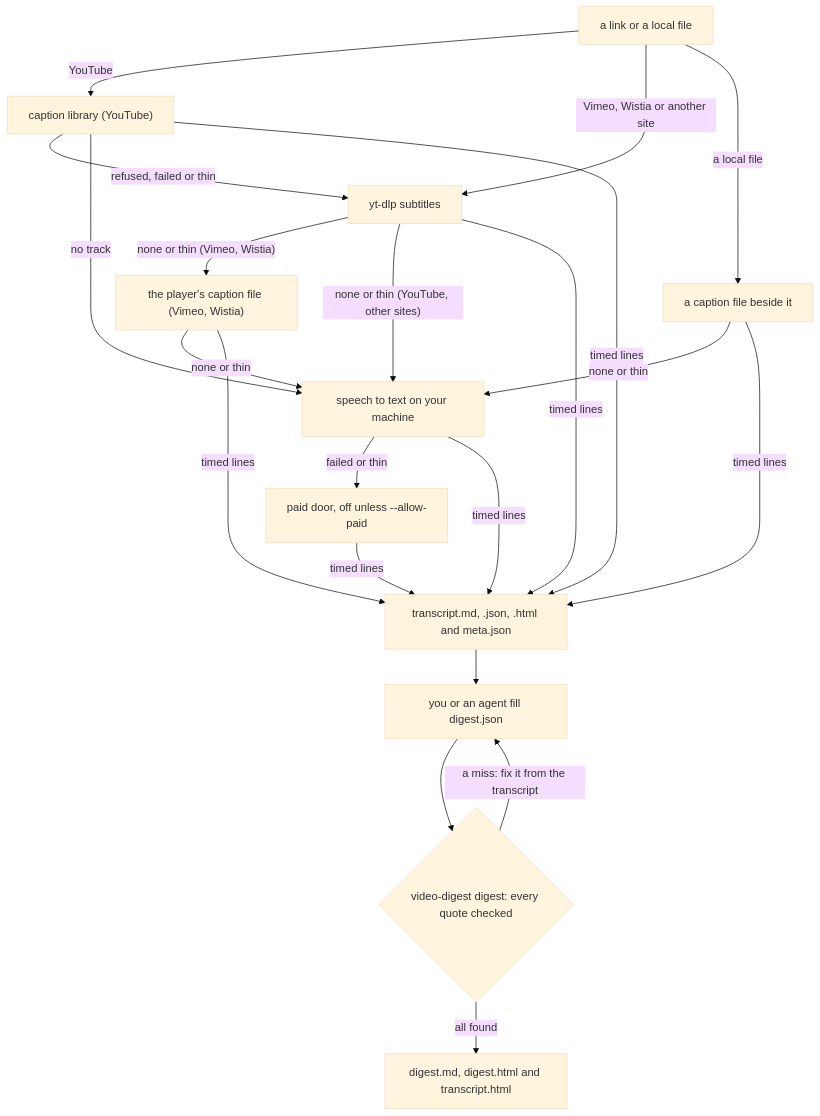
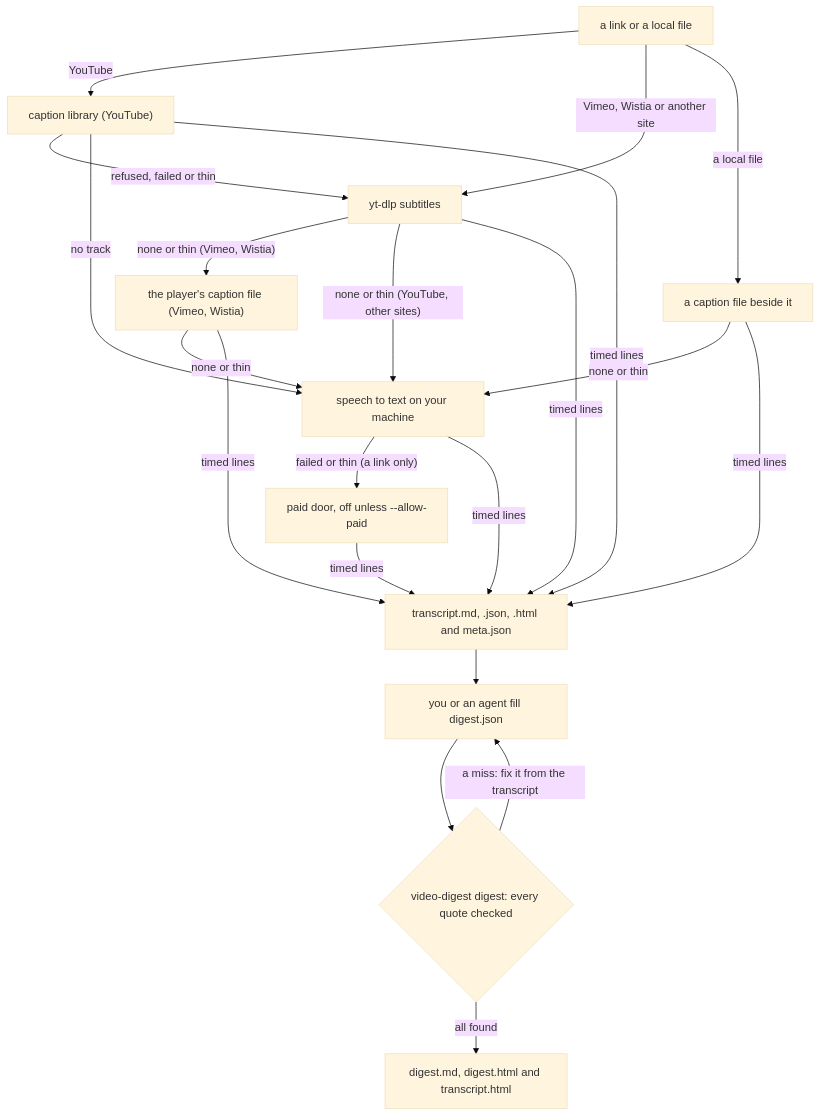
One commit to RobBrautigam/video-digest changed the diagram in README.md. Above: the diagram before and after it, drawn with Mermaid (base theme). The commit also changed 4 other files, not shown here.

First line of the commit message:
fix: keep the thin-answer log and the paid door's pointer when it is off

````diff
--- a/README.md
+++ b/README.md
@@ -128,19 +128,19 @@
 ```mermaid
 flowchart TD
     S["a link or a local file"] -->|"YouTube"| Y["caption library (YouTube)"]
     S -->|"Vimeo, Wistia or another site"| D["yt-dlp subtitles"]
     S -->|"a local file"| F["a caption file beside it"]
     Y -->|"refused, failed or thin"| D["yt-dlp subtitles"]
     D -->|"none or thin (Vimeo, Wistia)"| P["the player's caption file (Vimeo, Wistia)"]
     D -->|"none or thin (YouTube, other sites)"| W
     F -->|"none or thin"| W
     F -->|"timed lines"| T
     P -->|"none or thin"| W["speech to text on your machine"]
     Y -->|"no track"| W
-    W -->|"failed or thin"| X["paid door, off unless --allow-paid"]
+    W -->|"failed or thin (a link only)"| X["paid door, off unless --allow-paid"]
     Y & D & P & W & X -->|"timed lines"| T["transcript.md, .json, .html and meta.json"]
     T --> G["you or an agent fill digest.json"]
     G --> C{"video-digest digest: every quote checked"}
     C -->|"a miss: fix it from the transcript"| G
     C -->|"all found"| H["digest.md, digest.html and transcript.html"]
 ```
````
